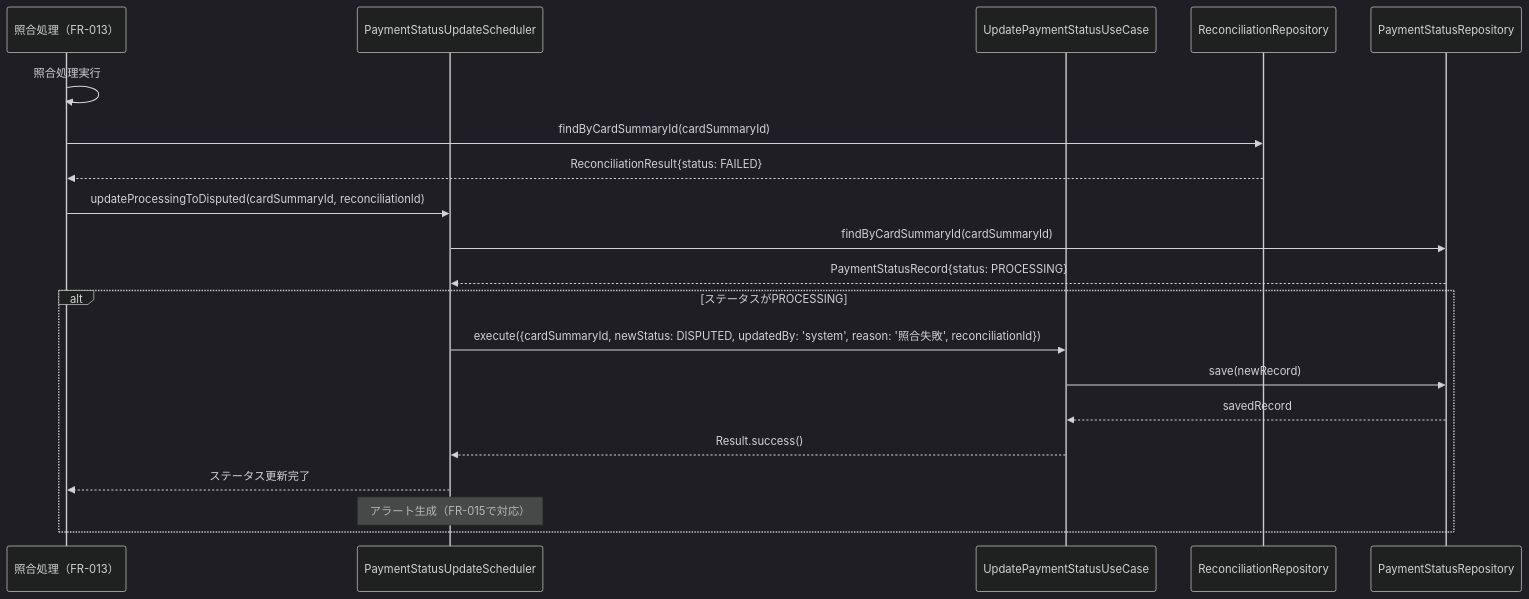
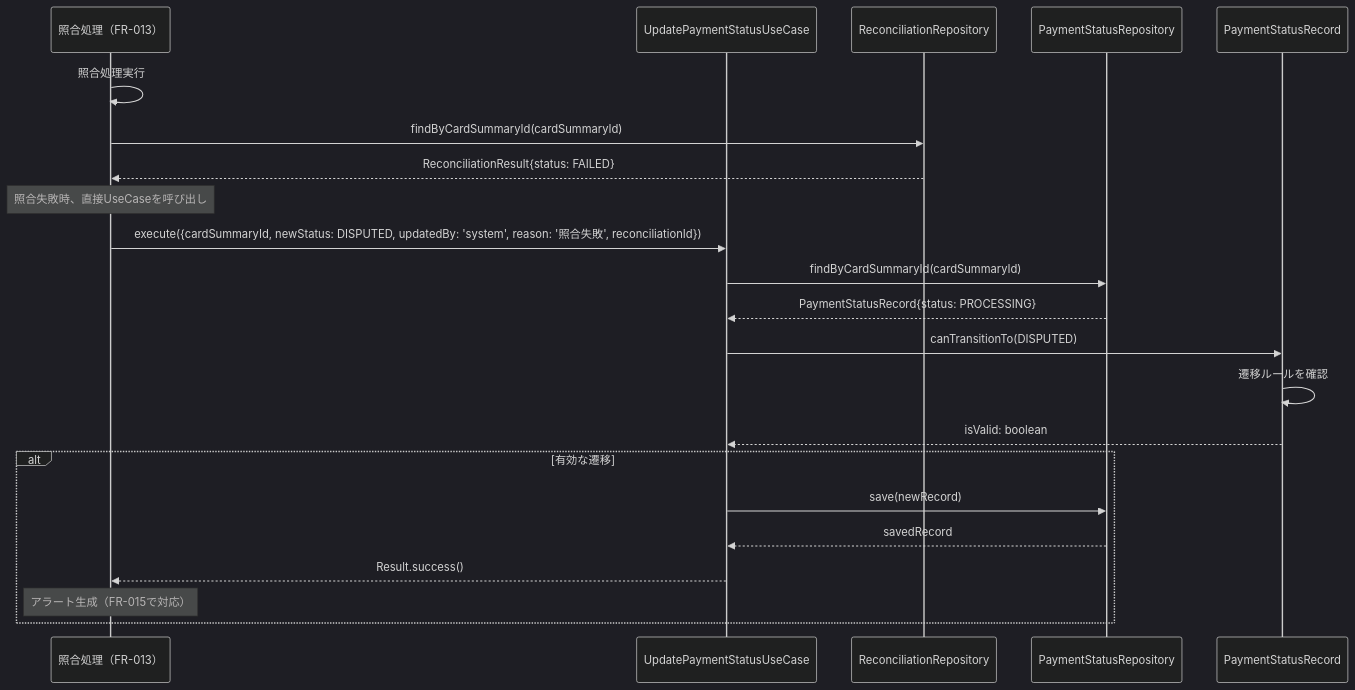
Before and after one commit to kencom2400/account-book: the fifth of 12 diagrams in docs/detailed-design/FR-014_payment-status-management/sequence-diagrams.md, drawn with Mermaid (dark theme). The commit also changed other lines of this file and 3 other files, not shown here.

````diff
--- a/docs/detailed-design/FR-014_payment-status-management/sequence-diagrams.md
+++ b/docs/detailed-design/FR-014_payment-status-management/sequence-diagrams.md
@@ -294,29 +302,31 @@
 ```mermaid
 sequenceDiagram
     participant Recon as 照合処理（FR-013）
-    participant Scheduler as PaymentStatusUpdateScheduler
     participant UC as UpdatePaymentStatusUseCase
     participant ReconRepo as ReconciliationRepository
     participant StatusRepo as PaymentStatusRepository
+    participant Entity as PaymentStatusRecord
 
     Recon->>Recon: 照合処理実行
     Recon->>ReconRepo: findByCardSummaryId(cardSummaryId)
     ReconRepo-->>Recon: ReconciliationResult{status: FAILED}
 
-    Recon->>Scheduler: updateProcessingToDisputed(cardSummaryId, reconciliationId)
+    Note over Recon: 照合失敗時、直接UseCaseを呼び出し
 
-    Scheduler->>StatusRepo: findByCardSummaryId(cardSummaryId)
-    StatusRepo-->>Scheduler: PaymentStatusRecord{status: PROCESSING}
+    Recon->>UC: execute({cardSummaryId, newStatus: DISPUTED, updatedBy: 'system', reason: '照合失敗', reconciliationId})
 
-    alt ステータスがPROCESSING
-        Scheduler->>UC: execute({cardSummaryId, newStatus: DISPUTED, updatedBy: 'system', reason: '照合失敗', reconciliationId})
+    UC->>StatusRepo: findByCardSummaryId(cardSummaryId)
+    StatusRepo-->>UC: PaymentStatusRecord{status: PROCESSING}
 
+    UC->>Entity: canTransitionTo(DISPUTED)
+    Entity->>Entity: 遷移ルールを確認
+    Entity-->>UC: isValid: boolean
+
+    alt 有効な遷移
         UC->>StatusRepo: save(newRecord)
         StatusRepo-->>UC: savedRecord
+        UC-->>Recon: Result.success()
 
-        UC-->>Scheduler: Result.success()
-        Scheduler-->>Recon: ステータス更新完了
-
-        Note over Scheduler: アラート生成（FR-015で対応）
+        Note over Recon: アラート生成（FR-015で対応）
     end
 ```
````
